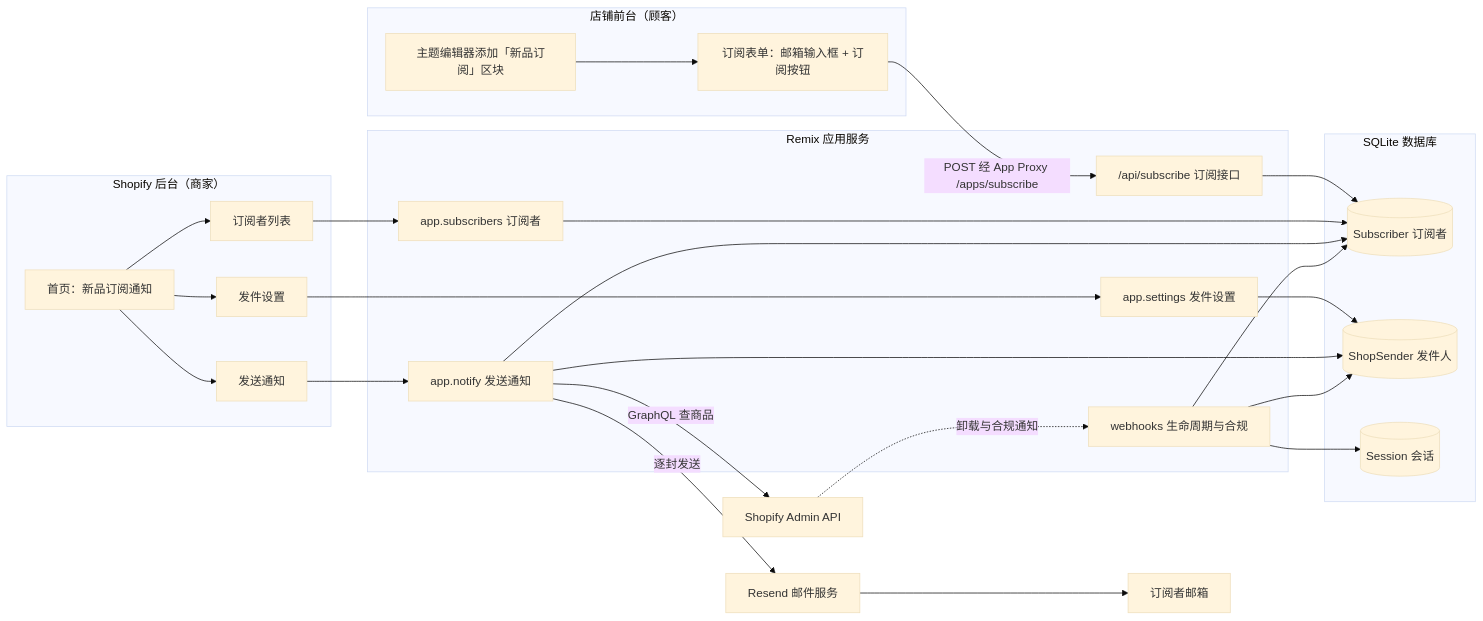
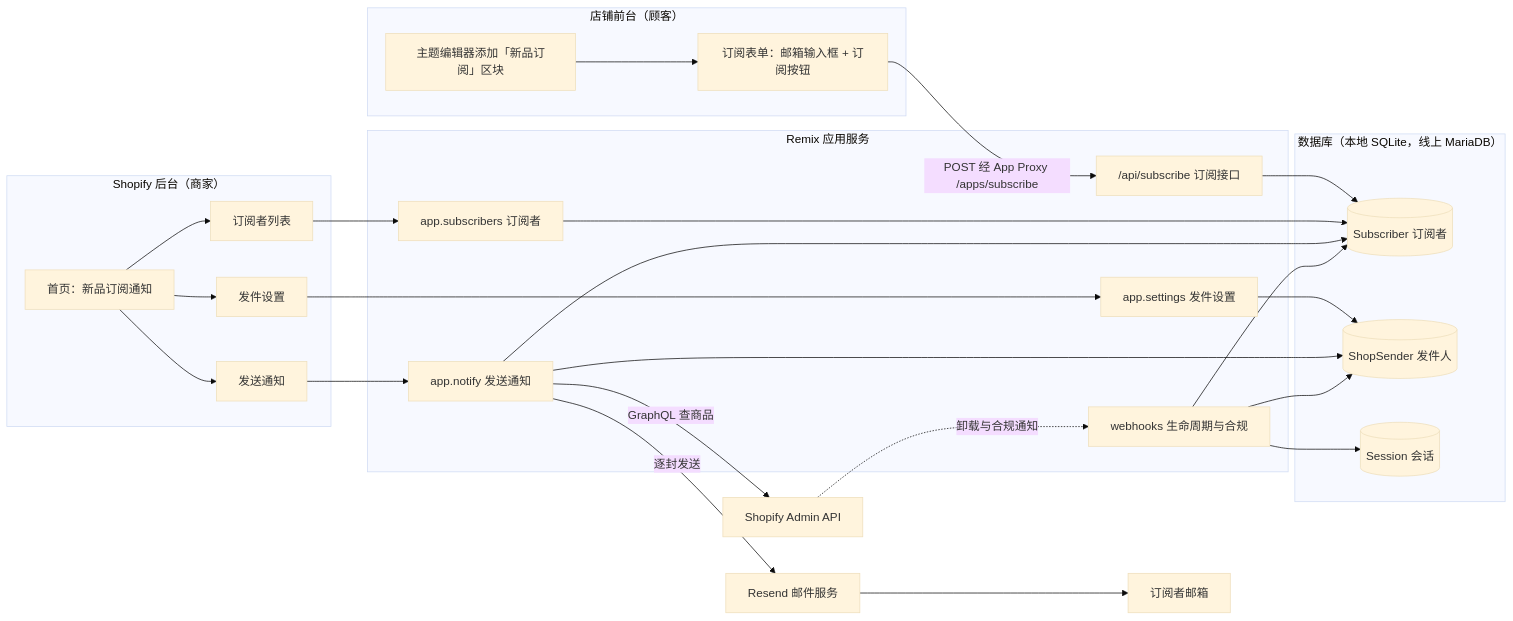
One commit to yplovecl/shopify-product-notify changed the first of 6 diagrams in docs/product-notify-flows.md. Above: the diagram before and after it, drawn with Mermaid (base theme). The commit also changed other lines of this file and 6 other files, not shown here.

Commit message:
Update environment configuration and documentation for database usage. Clarify local SQLite and production MariaDB setup in .env.example and product-notify-flows.md. Modify package.json scripts for production setup. Adjust prisma schema comments for clarity.

````diff
--- a/docs/product-notify-flows.md
+++ b/docs/product-notify-flows.md
@@ -26,45 +26,45 @@
 ```mermaid
 flowchart LR
     subgraph Storefront["店铺前台（顾客）"]
         A["主题编辑器添加「新品订阅」区块"] --> B["订阅表单：邮箱输入框 + 订阅按钮"]
     end
 
     subgraph Admin["Shopify 后台（商家）"]
         H["首页：新品订阅通知"]
         S1["发件设置"]
         S2["订阅者列表"]
         S3["发送通知"]
         H --> S1
         H --> S2
         H --> S3
     end
 
     subgraph App["Remix 应用服务"]
         P["/api/subscribe 订阅接口"]
         R1["app.settings 发件设置"]
         R2["app.subscribers 订阅者"]
         R3["app.notify 发送通知"]
         W["webhooks 生命周期与合规"]
     end
 
-    subgraph DB["SQLite 数据库"]
+    subgraph DB["数据库（本地 SQLite，线上 MariaDB）"]
         T1[("Subscriber 订阅者")]
         T2[("ShopSender 发件人")]
         T3[("Session 会话")]
     end
 
     B -->|"POST 经 App Proxy /apps/subscribe"| P
     P --> T1
     S1 --> R1 --> T2
     S2 --> R2 --> T1
     S3 --> R3
     R3 --> T1
     R3 --> T2
     R3 -->|"GraphQL 查商品"| SH["Shopify Admin API"]
     R3 -->|"逐封发送"| RS["Resend 邮件服务"]
     RS --> M["订阅者邮箱"]
     SH -.->|"卸载与合规通知"| W
     W --> T1
     W --> T2
     W --> T3
 ```
````
